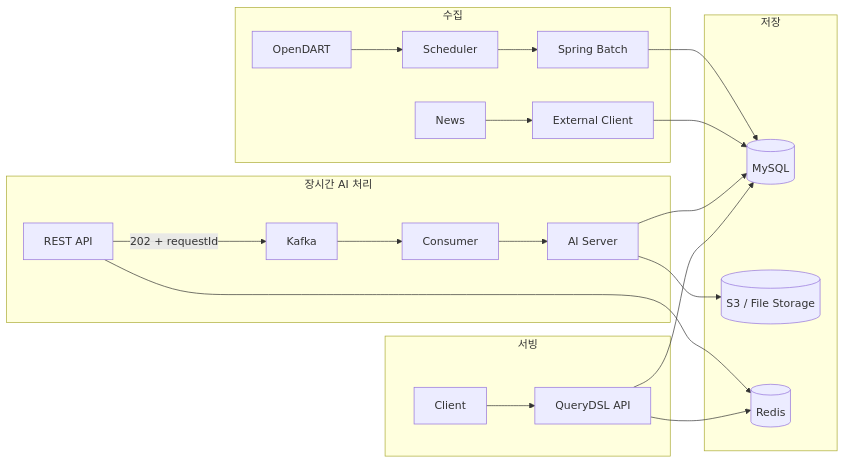
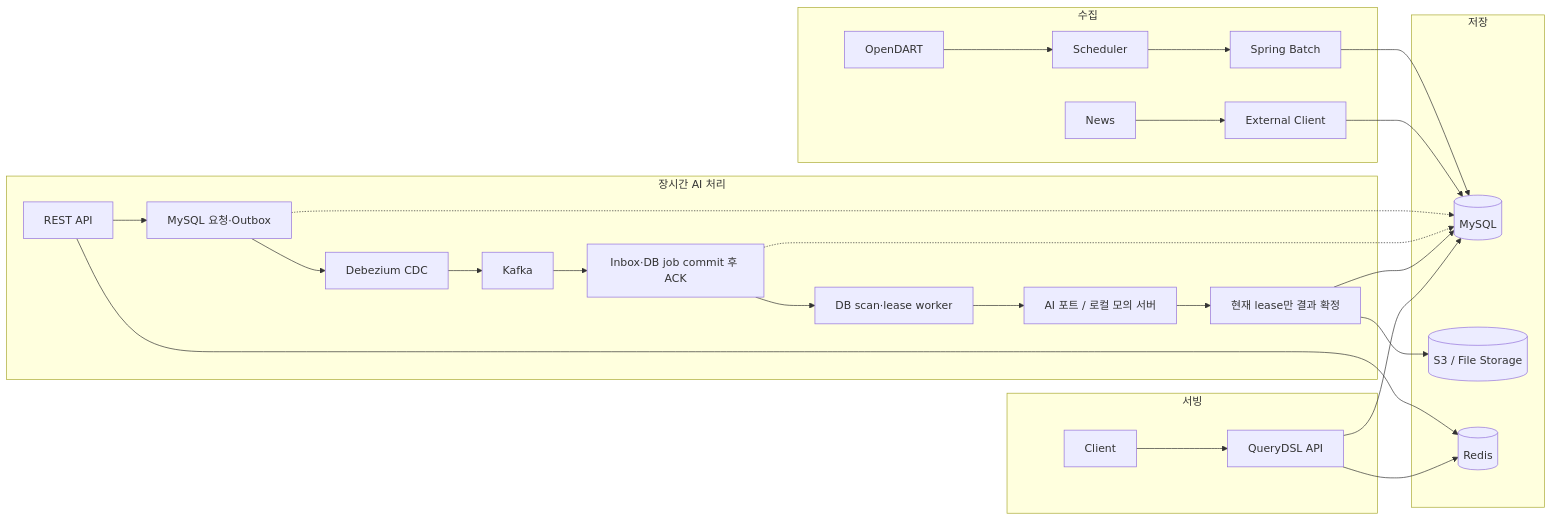
Before and after one commit to chanyoung990704/sentinel-risk-platform-backend: the diagram in README.MD, drawn with Mermaid. The commit also changed other lines of this file and 21 other files, not shown here.

````diff
--- a/README.MD
+++ b/README.MD
@@ -25,39 +46,45 @@
 ```mermaid
 flowchart LR
     subgraph Ingestion[수집]
         DART[OpenDART]
         NEWS[News]
         SCHEDULER[Scheduler]
         BATCH[Spring Batch]
         DART --> SCHEDULER --> BATCH
         NEWS --> CLIENTS[External Client]
     end
 
     subgraph Storage[저장]
         MYSQL[(MySQL)]
         S3[(S3 / File Storage)]
         REDIS[(Redis)]
     end
 
     subgraph Async[장시간 AI 처리]
         API[REST API]
         KAFKA[Kafka]
-        CONSUMER[Consumer]
-        AI[AI Server]
-        API -->|202 + requestId| KAFKA --> CONSUMER --> AI
+        OUTBOX[MySQL 요청·Outbox]
+        CDC[Debezium CDC]
+        INBOX[Inbox·DB job commit 후 ACK]
+        WORKER[DB scan·lease worker]
+        AI[AI 포트 / 로컬 모의 서버]
+        RESULT[현재 lease만 결과 확정]
+        API --> OUTBOX --> CDC --> KAFKA --> INBOX --> WORKER --> AI --> RESULT
     end
 
     subgraph Serving[서빙]
         CLIENT[Client]
         QUERY[QueryDSL API]
         CLIENT --> QUERY
     end
 
     BATCH --> MYSQL
     CLIENTS --> MYSQL
-    AI --> MYSQL
-    AI --> S3
+    OUTBOX -.-> MYSQL
+    INBOX -.-> MYSQL
+    RESULT --> MYSQL
+    RESULT --> S3
     API --> REDIS
     QUERY --> MYSQL
     QUERY --> REDIS
 ```
````
